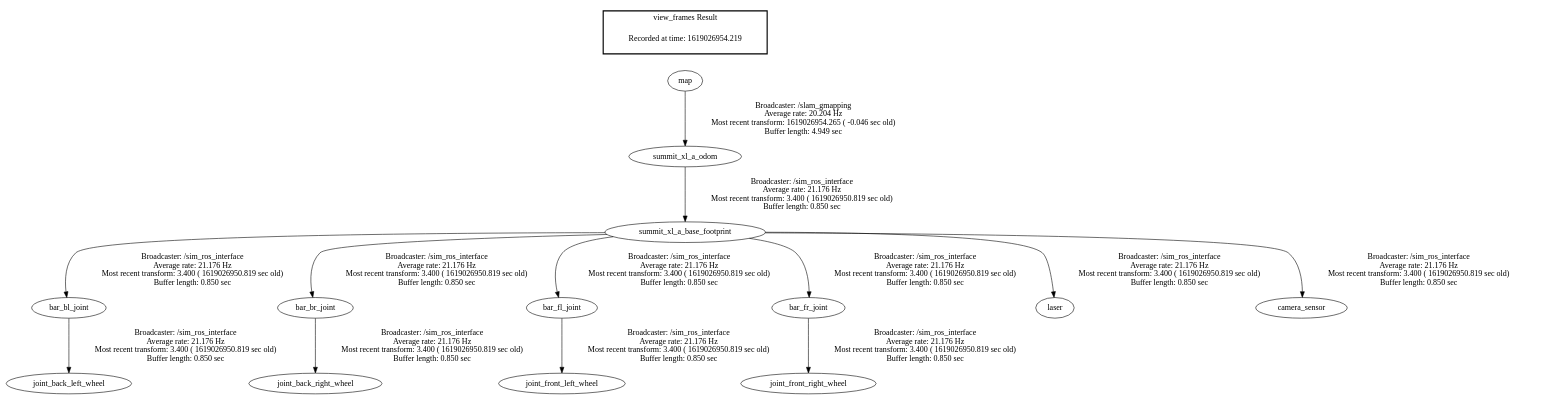
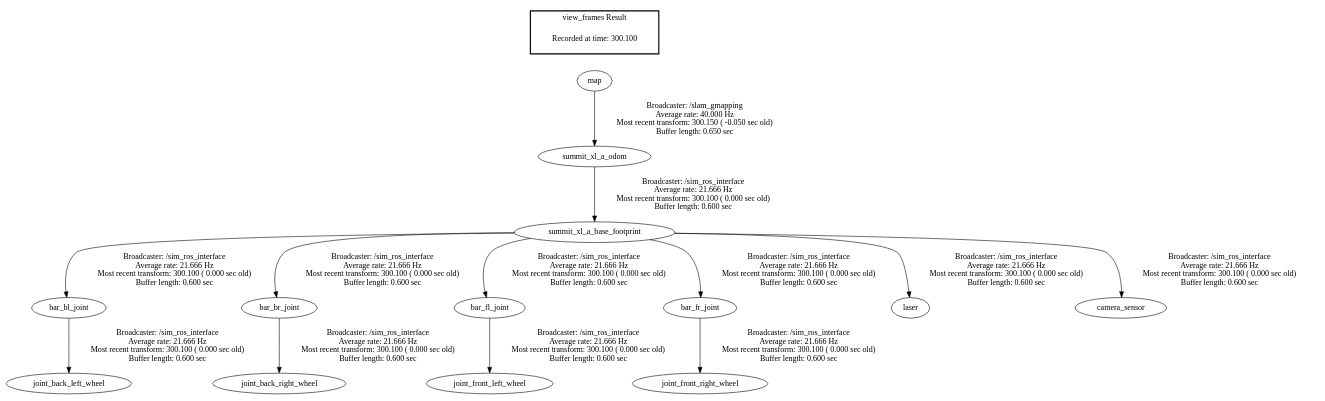
Before and after one commit to ozzwozz/PROJ324: the diagram in frames.gv, drawn with Graphviz. The commit also changed 228 other files, not shown here.

```diff
--- a/frames.gv
+++ b/frames.gv
@@ -1,18 +1,18 @@
 digraph G {
-"map" -> "summit_xl_a_odom"[label="Broadcaster: /slam_gmapping\nAverage rate: 20.204 Hz\nMost recent transform: 1619026954.265 ( -0.046 sec old)\nBuffer length: 4.949 sec\n"];
-"summit_xl_a_odom" -> "summit_xl_a_base_footprint"[label="Broadcaster: /sim_ros_interface\nAverage rate: 21.176 Hz\nMost recent transform: 3.400 ( 1619026950.819 sec old)\nBuffer length: 0.850 sec\n"];
-"summit_xl_a_base_footprint" -> "bar_bl_joint"[label="Broadcaster: /sim_ros_interface\nAverage rate: 21.176 Hz\nMost recent transform: 3.400 ( 1619026950.819 sec old)\nBuffer length: 0.850 sec\n"];
-"summit_xl_a_base_footprint" -> "bar_br_joint"[label="Broadcaster: /sim_ros_interface\nAverage rate: 21.176 Hz\nMost recent transform: 3.400 ( 1619026950.819 sec old)\nBuffer length: 0.850 sec\n"];
-"summit_xl_a_base_footprint" -> "bar_fl_joint"[label="Broadcaster: /sim_ros_interface\nAverage rate: 21.176 Hz\nMost recent transform: 3.400 ( 1619026950.819 sec old)\nBuffer length: 0.850 sec\n"];
-"summit_xl_a_base_footprint" -> "bar_fr_joint"[label="Broadcaster: /sim_ros_interface\nAverage rate: 21.176 Hz\nMost recent transform: 3.400 ( 1619026950.819 sec old)\nBuffer length: 0.850 sec\n"];
-"summit_xl_a_base_footprint" -> "laser"[label="Broadcaster: /sim_ros_interface\nAverage rate: 21.176 Hz\nMost recent transform: 3.400 ( 1619026950.819 sec old)\nBuffer length: 0.850 sec\n"];
-"summit_xl_a_base_footprint" -> "camera_sensor"[label="Broadcaster: /sim_ros_interface\nAverage rate: 21.176 Hz\nMost recent transform: 3.400 ( 1619026950.819 sec old)\nBuffer length: 0.850 sec\n"];
-"bar_bl_joint" -> "joint_back_left_wheel"[label="Broadcaster: /sim_ros_interface\nAverage rate: 21.176 Hz\nMost recent transform: 3.400 ( 1619026950.819 sec old)\nBuffer length: 0.850 sec\n"];
-"bar_br_joint" -> "joint_back_right_wheel"[label="Broadcaster: /sim_ros_interface\nAverage rate: 21.176 Hz\nMost recent transform: 3.400 ( 1619026950.819 sec old)\nBuffer length: 0.850 sec\n"];
-"bar_fl_joint" -> "joint_front_left_wheel"[label="Broadcaster: /sim_ros_interface\nAverage rate: 21.176 Hz\nMost recent transform: 3.400 ( 1619026950.819 sec old)\nBuffer length: 0.850 sec\n"];
-"bar_fr_joint" -> "joint_front_right_wheel"[label="Broadcaster: /sim_ros_interface\nAverage rate: 21.176 Hz\nMost recent transform: 3.400 ( 1619026950.819 sec old)\nBuffer length: 0.850 sec\n"];
+"map" -> "summit_xl_a_odom"[label="Broadcaster: /slam_gmapping\nAverage rate: 40.000 Hz\nMost recent transform: 300.150 ( -0.050 sec old)\nBuffer length: 0.650 sec\n"];
+"summit_xl_a_odom" -> "summit_xl_a_base_footprint"[label="Broadcaster: /sim_ros_interface\nAverage rate: 21.666 Hz\nMost recent transform: 300.100 ( 0.000 sec old)\nBuffer length: 0.600 sec\n"];
+"summit_xl_a_base_footprint" -> "bar_bl_joint"[label="Broadcaster: /sim_ros_interface\nAverage rate: 21.666 Hz\nMost recent transform: 300.100 ( 0.000 sec old)\nBuffer length: 0.600 sec\n"];
+"summit_xl_a_base_footprint" -> "bar_br_joint"[label="Broadcaster: /sim_ros_interface\nAverage rate: 21.666 Hz\nMost recent transform: 300.100 ( 0.000 sec old)\nBuffer length: 0.600 sec\n"];
+"summit_xl_a_base_footprint" -> "bar_fl_joint"[label="Broadcaster: /sim_ros_interface\nAverage rate: 21.666 Hz\nMost recent transform: 300.100 ( 0.000 sec old)\nBuffer length: 0.600 sec\n"];
+"summit_xl_a_base_footprint" -> "bar_fr_joint"[label="Broadcaster: /sim_ros_interface\nAverage rate: 21.666 Hz\nMost recent transform: 300.100 ( 0.000 sec old)\nBuffer length: 0.600 sec\n"];
+"summit_xl_a_base_footprint" -> "laser"[label="Broadcaster: /sim_ros_interface\nAverage rate: 21.666 Hz\nMost recent transform: 300.100 ( 0.000 sec old)\nBuffer length: 0.600 sec\n"];
+"summit_xl_a_base_footprint" -> "camera_sensor"[label="Broadcaster: /sim_ros_interface\nAverage rate: 21.666 Hz\nMost recent transform: 300.100 ( 0.000 sec old)\nBuffer length: 0.600 sec\n"];
+"bar_bl_joint" -> "joint_back_left_wheel"[label="Broadcaster: /sim_ros_interface\nAverage rate: 21.666 Hz\nMost recent transform: 300.100 ( 0.000 sec old)\nBuffer length: 0.600 sec\n"];
+"bar_br_joint" -> "joint_back_right_wheel"[label="Broadcaster: /sim_ros_interface\nAverage rate: 21.666 Hz\nMost recent transform: 300.100 ( 0.000 sec old)\nBuffer length: 0.600 sec\n"];
+"bar_fl_joint" -> "joint_front_left_wheel"[label="Broadcaster: /sim_ros_interface\nAverage rate: 21.666 Hz\nMost recent transform: 300.100 ( 0.000 sec old)\nBuffer length: 0.600 sec\n"];
+"bar_fr_joint" -> "joint_front_right_wheel"[label="Broadcaster: /sim_ros_interface\nAverage rate: 21.666 Hz\nMost recent transform: 300.100 ( 0.000 sec old)\nBuffer length: 0.600 sec\n"];
 edge [style=invis];
  subgraph cluster_legend { style=bold; color=black; label ="view_frames Result";
-"Recorded at time: 1619026954.219"[ shape=plaintext ] ;
+"Recorded at time: 300.100"[ shape=plaintext ] ;
  }->"map";
 }
```
